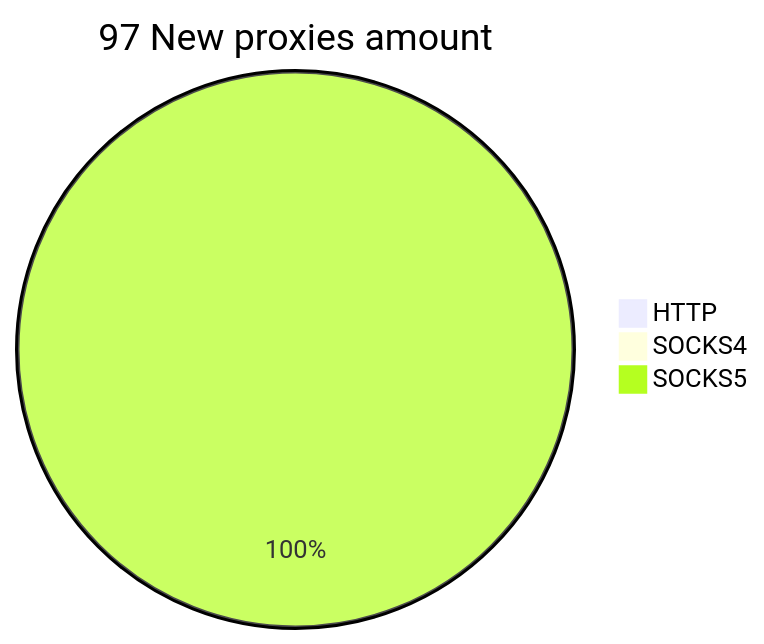
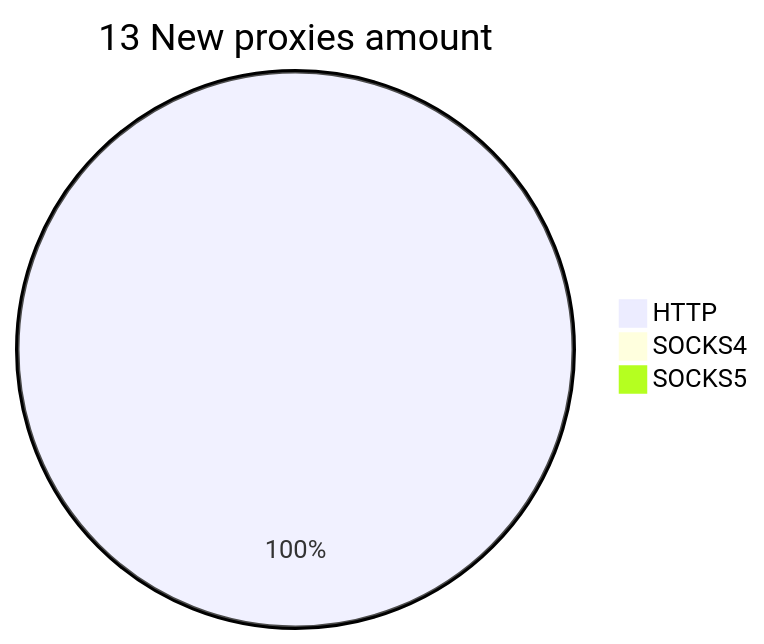
Before and after one commit to cutipu/proxylist: the second of 2 diagrams in README.md, drawn with Mermaid. The commit also changed other lines of this file, not shown here.

````diff
--- a/README.md
+++ b/README.md
@@ -10,6 +10,6 @@
 ```mermaid
-pie title 97 New proxies amount
-    "HTTP" : 0
+pie title 13 New proxies amount
+    "HTTP" : 179
     "SOCKS4" : 0
-    "SOCKS5" : 182
+    "SOCKS5" : 0
 ```
````
